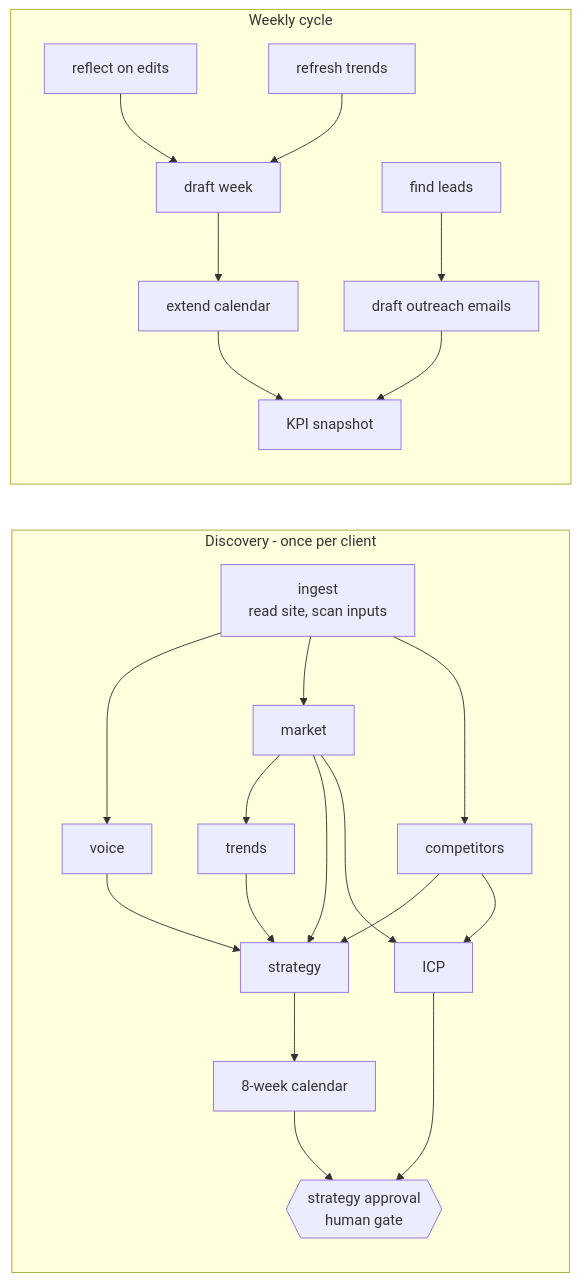
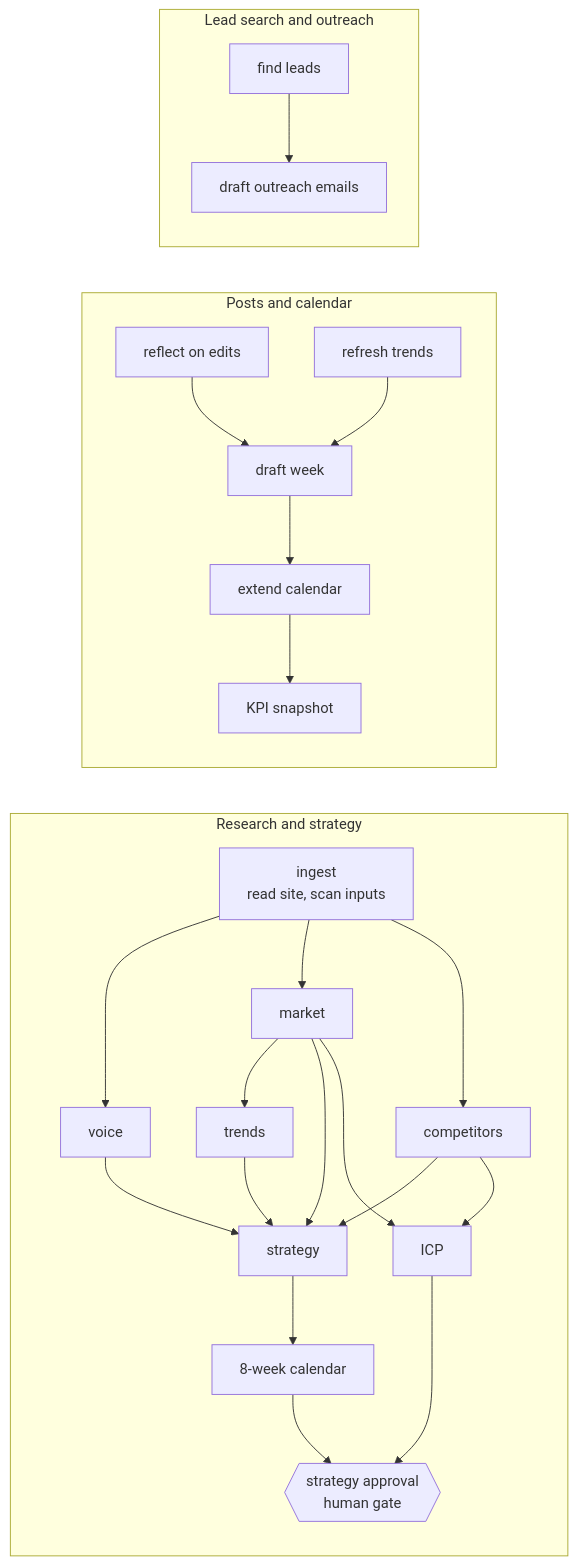
The second of 3 diagrams in docs/ARCHITECTURE.md (lokeshsuryawanshi/growthOS), drawn with Mermaid before and after one commit. The commit also changed other lines of this file, not shown here.

Commit message:
ARCHITECTURE.md: current workflows, routing tiers, research loop, RBAC, ledgers

````diff
--- a/docs/ARCHITECTURE.md
+++ b/docs/ARCHITECTURE.md
@@ -29,19 +29,20 @@
 ```mermaid
 flowchart LR
-  subgraph Discovery[Discovery - once per client]
+  subgraph Discovery[Research and strategy]
     I[ingest<br/>read site, scan inputs] --> V[voice]
     I --> M[market] --> T[trends]
     I --> C[competitors]
     V & M & C & T --> S[strategy]
     M & C --> P[ICP]
     S --> CAL[8-week calendar]
     CAL & P --> G{{strategy approval<br/>human gate}}
   end
-  subgraph Weekly[Weekly cycle]
+  subgraph Content[Posts and calendar]
     R[reflect on edits] --> D[draft week]
     TR[refresh trends] --> D
-    D --> CE[extend calendar]
+    D --> CE[extend calendar] --> K[KPI snapshot]
+  end
+  subgraph Leads[Lead search and outreach]
     L[find leads] --> O[draft outreach emails]
-    CE & O --> K[KPI snapshot]
   end
 ```
````
